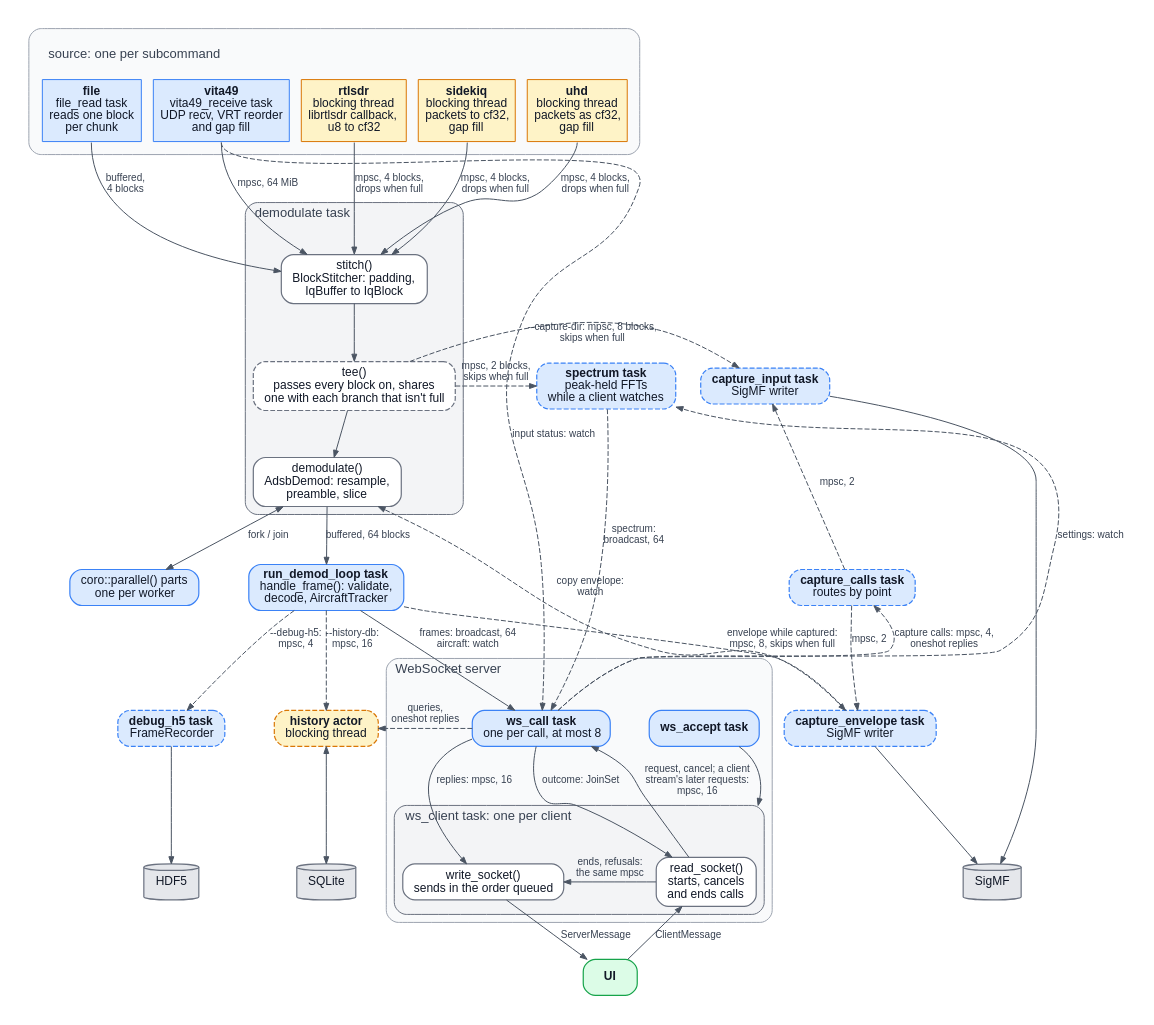
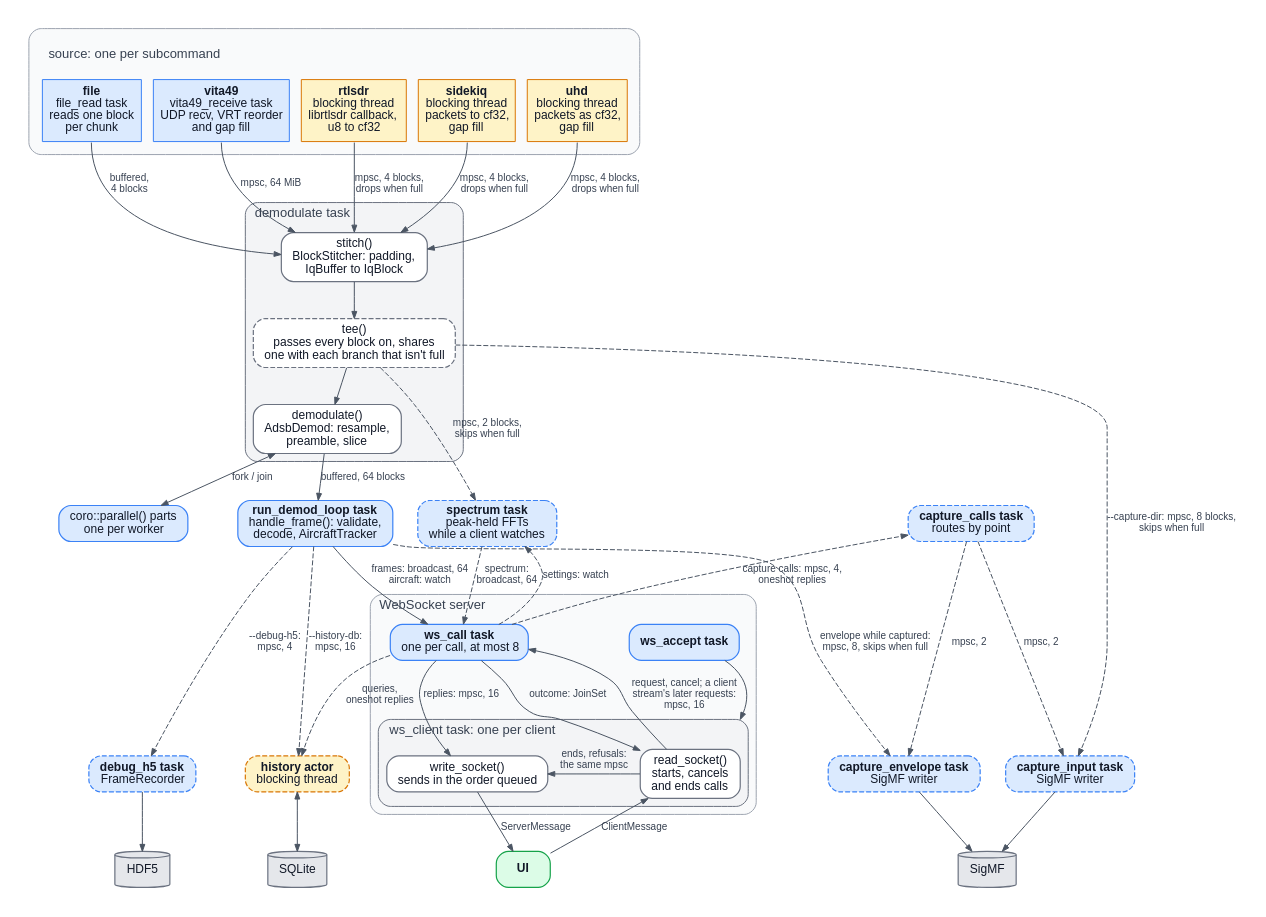
The diagram in doc/images/pipeline.dot (bts164/ADSB-Decoder), drawn with Graphviz before and after one commit. The commit also changed 1 other file, not shown here.

Commit message:
Cleaned up the layout of the main pipeline diagram a bit

```diff
--- a/doc/images/pipeline.dot
+++ b/doc/images/pipeline.dot
@@ -1,121 +1,121 @@
 // The receiver's pipeline, shown in README.md as pipeline.svg. After editing, regenerate it from this directory:
 //
 //     dot -Tsvg pipeline.dot -o pipeline.svg
 //
 // Colours: blue, a task; amber, a task on a blocking thread; white in a grey frame, a stage run in its frame's
 // task, not a task of its own; grey cylinders, files. Dashed, there only with the option an arrow names.
 digraph pipeline {
     graph [
         rankdir=TB, newrank=true, compound=true, bgcolor="white", pad=0.3, nodesep=0.35, ranksep=0.5,
         fontname="Helvetica,Arial,sans-serif", fontsize=13, fontcolor="#374151", labeljust=l
     ];
     node [
         shape=box, style="rounded,filled", fillcolor="#dbeafe", color="#3b82f6", penwidth=1.2,
         fontname="Helvetica,Arial,sans-serif", fontsize=12, fontcolor="#111827", margin="0.15,0.07"
     ];
     edge [
         color="#4b5563", fontname="Helvetica,Arial,sans-serif", fontsize=10, fontcolor="#374151", arrowsize=0.7
     ];
 
     // Sources: one per subcommand. One node with a cell per source, so their order is fixed.
     SRC [shape=plain, style="", label=<
         <table border="1" color="#9ca3af" bgcolor="#f9fafb" style="rounded" cellspacing="12" cellpadding="6">
         <tr><td colspan="5" align="left" border="0"><font point-size="13" color="#374151">source: one per subcommand</font></td></tr>
         <tr>
         <td port="file" border="1" color="#3b82f6" bgcolor="#dbeafe"><b>file</b><br/>file_read task<br/>reads one block<br/>per chunk</td>
         <td port="vita49" border="1" color="#3b82f6" bgcolor="#dbeafe"><b>vita49</b><br/>vita49_receive task<br/>UDP recv, VRT reorder<br/>and gap fill</td>
         <td port="rtlsdr" border="1" color="#d97706" bgcolor="#fef3c7"><b>rtlsdr</b><br/>blocking thread<br/>librtlsdr callback,<br/>u8 to cf32</td>
         <td port="sidekiq" border="1" color="#d97706" bgcolor="#fef3c7"><b>sidekiq</b><br/>blocking thread<br/>packets to cf32,<br/>gap fill</td>
         <td port="uhd" border="1" color="#d97706" bgcolor="#fef3c7"><b>uhd</b><br/>blocking thread<br/>packets as cf32,<br/>gap fill</td>
         </tr>
         </table>>];
 
     subgraph cluster_demod {
         label="demodulate task"; style="rounded,filled"; fillcolor="#f3f4f6"; color="#6b7280";
         node [fillcolor="white", color="#6b7280"];
         STITCH [label=<stitch()<br/>BlockStitcher: padding,<br/>IqBuffer to IqBlock>];
         TEE [label=<tee()<br/>passes every block on, shares<br/>one with each branch that isn't full>,
              style="rounded,filled,dashed"];
         DEMOD [label=<demodulate()<br/>AdsbDemod: resample,<br/>preamble, slice>];
     }
     PAR [label=<coro::parallel() parts<br/>one per worker>];
 
     SINK [label=<<b>run_demod_loop task</b><br/>handle_frame(): validate,<br/>decode, AircraftTracker>];
 
     node [style="rounded,filled,dashed"];
     REC [label=<<b>debug_h5 task</b><br/>FrameRecorder>];
     HIST [label=<<b>history actor</b><br/>blocking thread>, fillcolor="#fef3c7", color="#d97706"];
     SPEC [label=<<b>spectrum task</b><br/>peak-held FFTs<br/>while a client watches>];
     CAPI [label=<<b>capture_input task</b><br/>SigMF writer>];
     CAPR [label=<<b>capture_calls task</b><br/>routes by point>];
     CAPE [label=<<b>capture_envelope task</b><br/>SigMF writer>];
     node [style="rounded,filled"];
 
     subgraph cluster_ws {
         label="WebSocket server"; style="rounded,filled"; fillcolor="#f9fafb"; color="#9ca3af";
         ACC [label=<<b>ws_accept task</b>>];
         CALL [label=<<b>ws_call task</b><br/>one per call, at most 8>];
         subgraph cluster_client {
             label="ws_client task: one per client"; style="rounded,filled"; fillcolor="#f3f4f6"; color="#6b7280";
             node [fillcolor="white", color="#6b7280"];
             READ [label=<read_socket()<br/>starts, cancels<br/>and ends calls>];
             WRITE [label=<write_socket()<br/>sends in the order queued>];
         }
     }
 
     node [shape=cylinder, style=filled, fillcolor="#e5e7eb", color="#6b7280"];
     H5 [label="HDF5"];
     DB [label="SQLite"];
     SIGMF [label="SigMF"];
     UI [shape=box, style="rounded,filled", fillcolor="#dcfce7", color="#16a34a", label=<<b>UI</b>>];
 
     // Rows, top to bottom.
-    { rank=same; TEE; SPEC; CAPI; }
-    { rank=same; PAR -> SINK [style=invis]; CAPR; }
-    { rank=same; REC -> HIST [style=invis]; CALL; ACC; CAPE; }
-
+    { rank=same; TEE; }
+    { rank=same; PAR -> SINK [style=invis]; SPEC; CAPR; }
+    { rank=same; CALL; ACC; }
+    { rank=same; READ; WRITE; REC -> HIST [style=invis]; CAPI; CAPE; }
+    { rank=same; H5; DB; SIGMF; UI; }
     // The main chain.
     SRC:file:s -> STITCH [label="buffered,\n4 blocks"];
     SRC:vita49:s -> STITCH [label="mpsc, 64 MiB"];
     SRC:rtlsdr:s -> STITCH [label="mpsc, 4 blocks,\ndrops when full"];
     SRC:sidekiq:s -> STITCH [label="mpsc, 4 blocks,\ndrops when full"];
     SRC:uhd:s -> STITCH [label="mpsc, 4 blocks,\ndrops when full"];
     STITCH -> TEE;
     TEE -> DEMOD;
     TEE -> SPEC [label="mpsc, 2 blocks,\nskips when full", style=dashed];
     TEE -> CAPI [label="--capture-dir: mpsc, 8 blocks,\nskips when full", style=dashed];
     DEMOD -> PAR [label="fork / join", dir=both];
     DEMOD -> SINK [label="buffered, 64 blocks"];
 
     // The demod loop's outputs.
     SINK -> REC [label="--debug-h5:\nmpsc, 4", style=dashed];
     SINK -> HIST [label="--history-db:\nmpsc, 16", style=dashed];
     SINK -> CALL [label="frames: broadcast, 64\naircraft: watch"];
     SINK -> CAPE [label="envelope while captured:\nmpsc, 8, skips when full", style=dashed];
     REC -> H5;
     HIST -> DB [dir=both];
 
     // Capture.
-    CAPR -> CAPI [label="mpsc, 2", style=dashed, constraint=false];
+    CAPR -> CAPI [label="mpsc, 2", style=dashed];
     CAPR -> CAPE [label="mpsc, 2", style=dashed];
-    CAPE -> DEMOD [label="copy envelope:\nwatch", style=dashed, constraint=false];
     CAPI -> SIGMF;
     CAPE -> SIGMF;
 
     // Into and out of the WebSocket server.
     SPEC -> CALL [label="spectrum:\nbroadcast, 64", style=dashed];
-    SRC:vita49:s -> CALL [label="input status: watch", style=dashed, constraint=false];
+    //SRC:vita49:s -> CALL [label="input status: watch", style=dashed, constraint=false];
     CALL -> SPEC [label="settings: watch", style=dashed, constraint=false];
     CALL -> HIST [label="queries,\noneshot replies", style=dashed, constraint=false];
     CALL -> CAPR [label="capture calls: mpsc, 4,\noneshot replies", style=dashed, constraint=false];
 
     // Inside it.
     ACC -> READ [lhead=cluster_client];
     CALL -> READ [label="outcome: JoinSet"];
     READ -> CALL [label="request, cancel; a client\nstream's later requests:\nmpsc, 16", constraint=false];
     CALL -> WRITE [label="replies: mpsc, 16"];
     READ -> WRITE [label="ends, refusals:\nthe same mpsc"];
     { rank=same; READ; WRITE; }
     READ -> UI [label="ClientMessage", dir=back];
     WRITE -> UI [label="ServerMessage"];
 }
```
